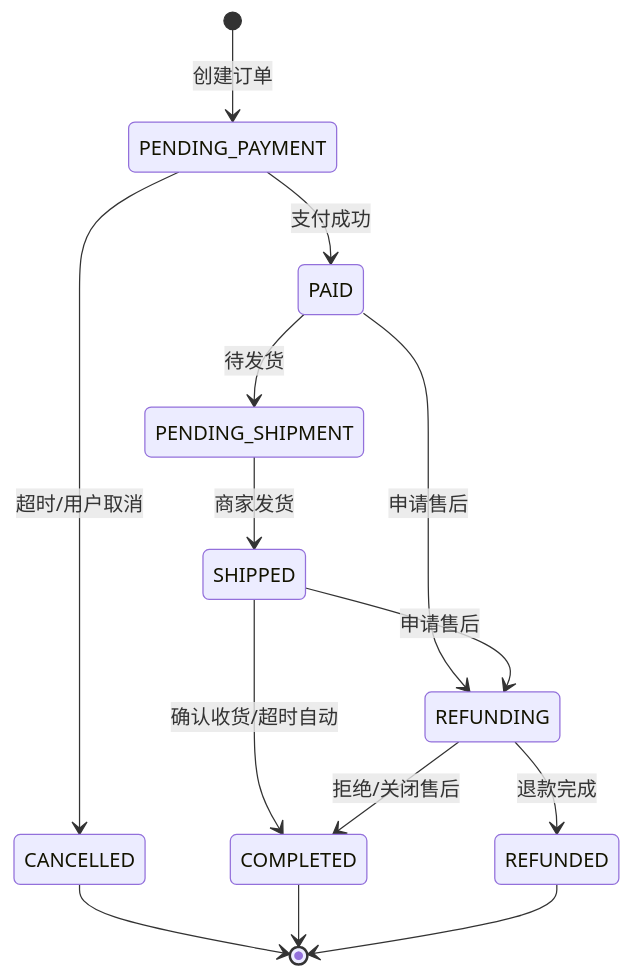
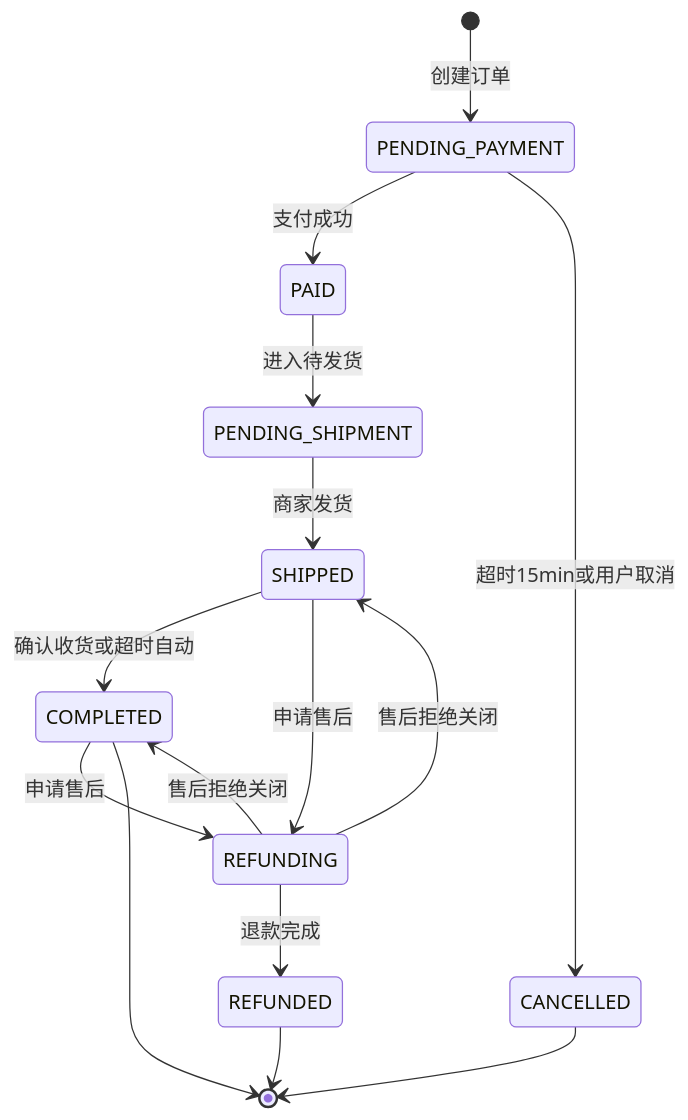
The second of 4 diagrams in docs/domain/DOMAIN_MODEL.md (HMirror123456/ecommerce-platform), drawn with Mermaid before and after one commit. The commit also changed other lines of this file and 16 other files, not shown here.

````diff
--- a/docs/domain/DOMAIN_MODEL.md
+++ b/docs/domain/DOMAIN_MODEL.md
@@ -80,16 +106,17 @@
 ```mermaid
 stateDiagram-v2
     [*] --> PENDING_PAYMENT: 创建订单
     PENDING_PAYMENT --> PAID: 支付成功
-    PENDING_PAYMENT --> CANCELLED: 超时/用户取消
-    PAID --> PENDING_SHIPMENT: 待发货
+    PENDING_PAYMENT --> CANCELLED: 超时15min或用户取消
+    PAID --> PENDING_SHIPMENT: 进入待发货
     PENDING_SHIPMENT --> SHIPPED: 商家发货
-    SHIPPED --> COMPLETED: 确认收货/超时自动
-    PAID --> REFUNDING: 申请售后
+    SHIPPED --> COMPLETED: 确认收货或超时自动
     SHIPPED --> REFUNDING: 申请售后
+    COMPLETED --> REFUNDING: 申请售后
     REFUNDING --> REFUNDED: 退款完成
-    REFUNDING --> COMPLETED: 拒绝/关闭售后
+    REFUNDING --> SHIPPED: 售后拒绝关闭
+    REFUNDING --> COMPLETED: 售后拒绝关闭
     CANCELLED --> [*]
     COMPLETED --> [*]
     REFUNDED --> [*]
 ```
````
